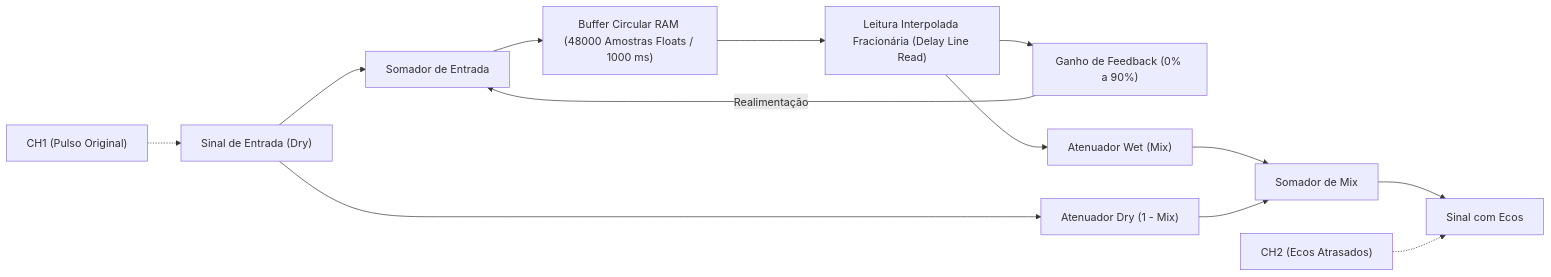
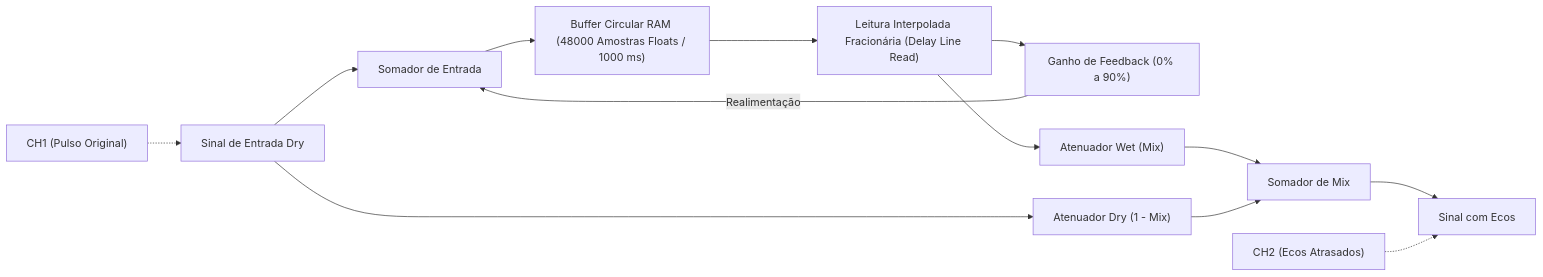
The sixth of 8 diagrams in docs/code/plano_testes_bancada_efeitos.md (Rodriguesmath/Pedaleira-digital), drawn with Mermaid before and after one commit. The commit also changed other lines of this file, not shown here.

First line of the commit message:
fix(docs): corrige sintaxe Mermaid nos diagramas do plano de testes

````diff
--- a/docs/code/plano_testes_bancada_efeitos.md
+++ b/docs/code/plano_testes_bancada_efeitos.md
@@ -218,17 +218,17 @@
 ```mermaid
 flowchart LR
-    IN["Sinal de Entrada (Dry)"] --> SUM_IN["Somador de Entrada"]
+    IN["Sinal de Entrada Dry"] --> SUM_IN["Somador de Entrada"]
     SUM_IN --> BUF["Buffer Circular RAM (48000 Amostras Floats / 1000 ms)"]
     BUF --> INTERP["Leitura Interpolada Fracionária (Delay Line Read)"]
     INTERP --> FB_GAIN["Ganho de Feedback (0% a 90%)"]
-    FB_GAIN -->|"Realimentação"| SUM_IN
+    FB_GAIN -->|Realimentação| SUM_IN
 
     INTERP --> WET_MUL["Atenuador Wet (Mix)"]
     IN --> DRY_MUL["Atenuador Dry (1 - Mix)"]
     WET_MUL --> MIX_SUM["Somador de Mix"]
     DRY_MUL --> MIX_SUM
     MIX_SUM --> OUT["Sinal com Ecos"]
 
     CH1["CH1 (Pulso Original)"] -.-> IN
     CH2["CH2 (Ecos Atrasados)"] -.-> OUT
 ```
````
